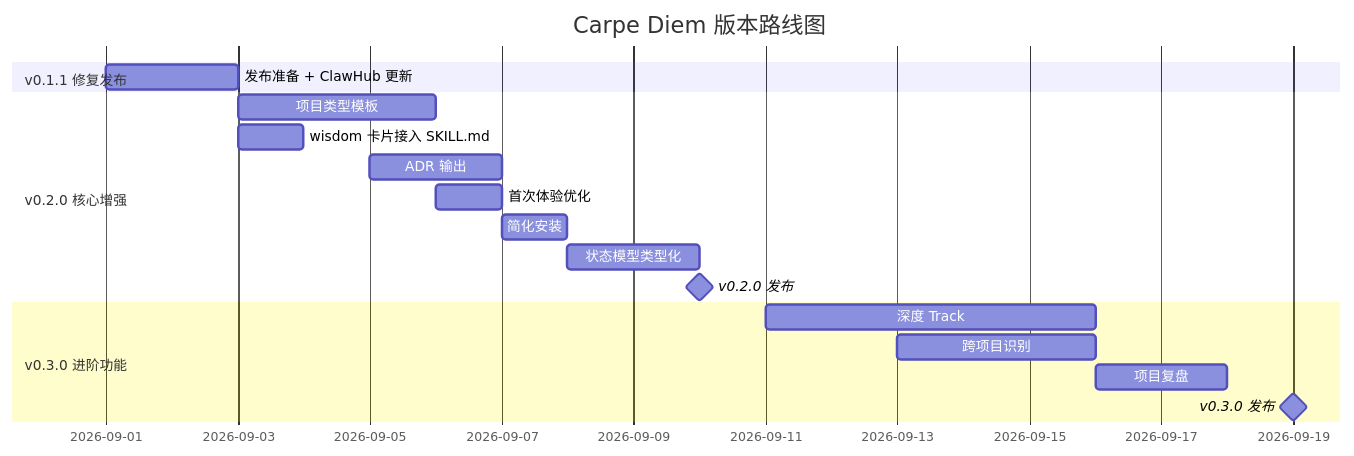
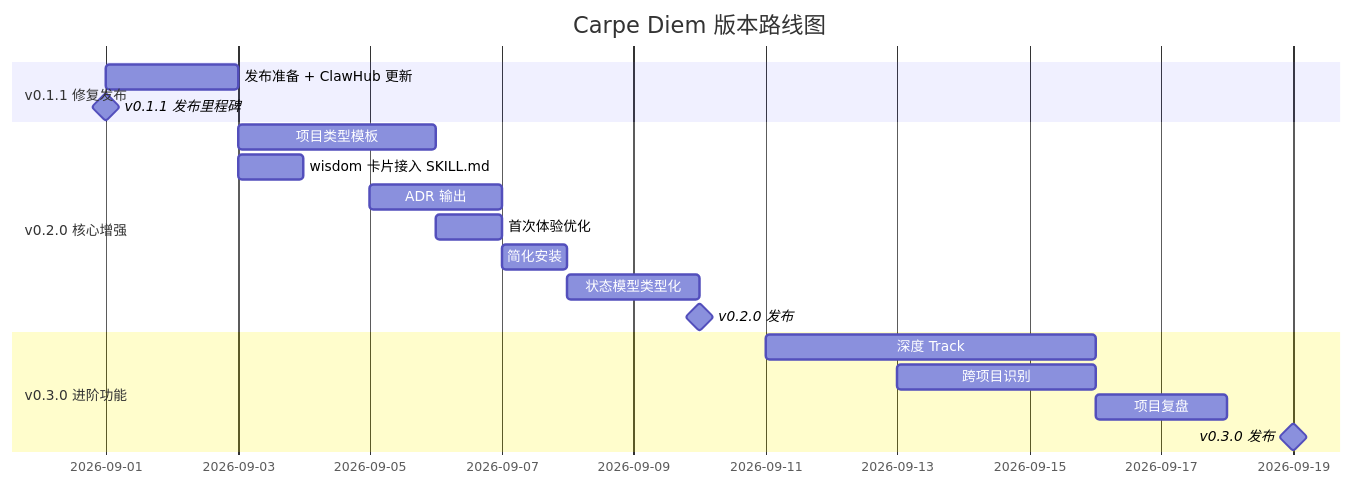
One commit to wanghaonan3333-web/carpe-diem changed the diagram in docs/progress-and-roadmap.md. Above: the diagram before and after it, drawn with Mermaid. The commit also changed other lines of this file, not shown here.

Commit message:
docs: update progress-and-roadmap.md to reflect v0.1.1 completion

````diff
--- a/docs/progress-and-roadmap.md
+++ b/docs/progress-and-roadmap.md
@@ -152,23 +168,24 @@
 ```mermaid
 gantt
     title Carpe Diem 版本路线图
     dateFormat  YYYY-MM-DD
 
     section v0.1.1 修复发布
     发布准备 + ClawHub 更新      :v011, 2026-09-01, 2d
+    v0.1.1 发布里程碑            :milestone, 2026-09-01, 0d
 
     section v0.2.0 核心增强
     项目类型模板                  :v020-1, 2026-09-03, 3d
     wisdom 卡片接入 SKILL.md     :v020-2, 2026-09-03, 1d
     ADR 输出                     :v020-3, 2026-09-05, 2d
     首次体验优化                  :v020-4, 2026-09-06, 1d
     简化安装                      :v020-5, 2026-09-07, 1d
     状态模型类型化                :v020-6, 2026-09-08, 2d
     v0.2.0 发布                  :milestone, 2026-09-10, 0d
 
     section v0.3.0 进阶功能
     深度 Track                    :v030, 2026-09-11, 5d
     跨项目识别                    :v030, 2026-09-13, 3d
     项目复盘                      :v030, 2026-09-16, 2d
     v0.3.0 发布                  :milestone, 2026-09-19, 0d
 ```
````
